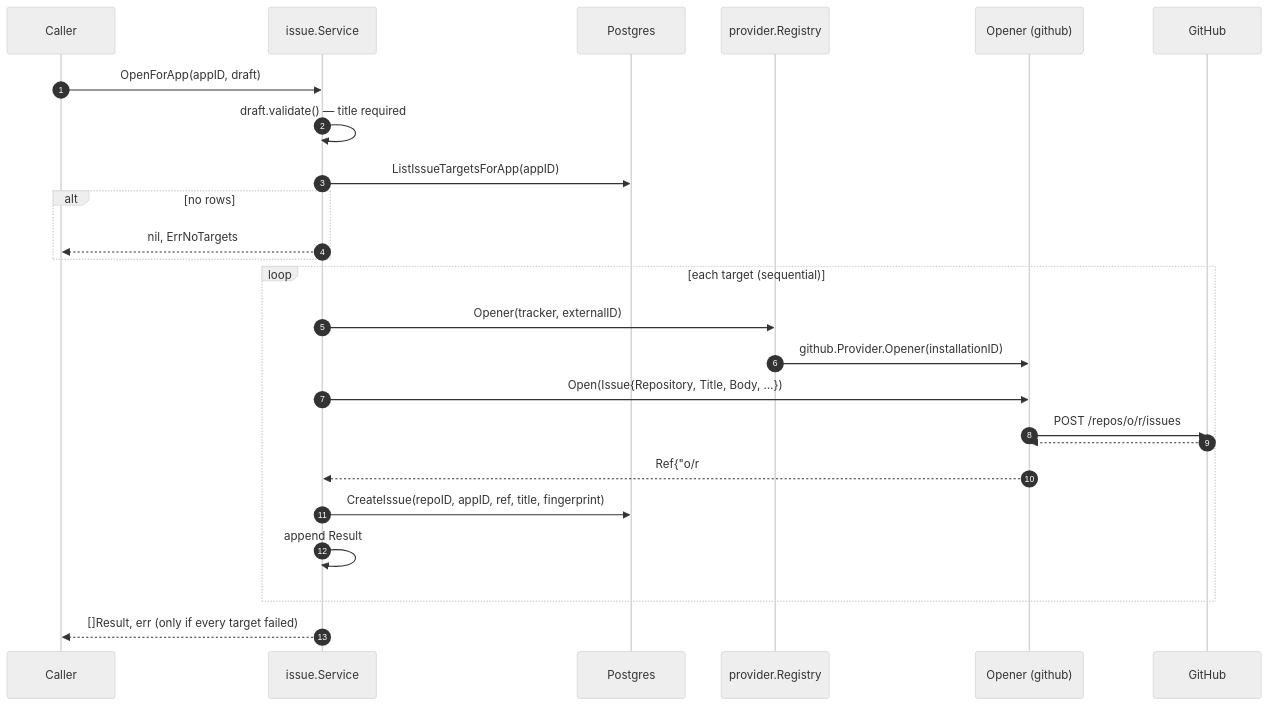
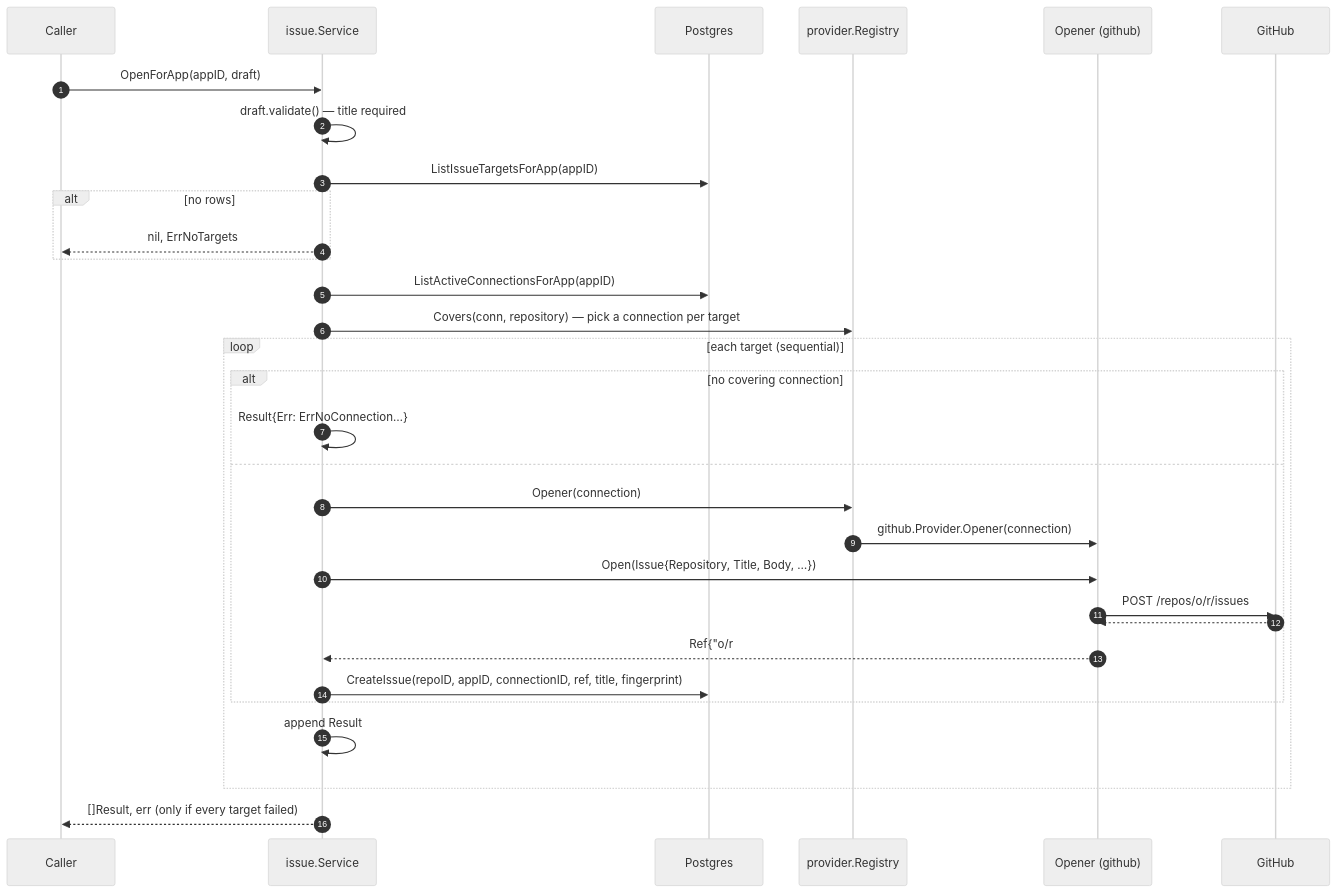
One commit to MicroClub-USTHB/m-Seismo changed the second of 2 diagrams in backend/docs/issue-service.md. Above: the diagram before and after it, drawn with Mermaid (neutral theme). The commit also changed other lines of this file and 12 other files, not shown here.

````diff
--- a/backend/docs/issue-service.md
+++ b/backend/docs/issue-service.md
@@ -123,28 +181,34 @@
 ```mermaid
 sequenceDiagram
     autonumber
     participant Caller
     participant S as issue.Service
     participant DB as Postgres
     participant Reg as provider.Registry
     participant O as Opener (github)
     participant GH as GitHub
 
     Caller->>S: OpenForApp(appID, draft)
     S->>S: draft.validate() — title required
     S->>DB: ListIssueTargetsForApp(appID)
     alt no rows
         S-->>Caller: nil, ErrNoTargets
     end
+    S->>DB: ListActiveConnectionsForApp(appID)
+    S->>Reg: Covers(conn, repository) — pick a connection per target
     loop each target (sequential)
-        S->>Reg: Opener(tracker, externalID)
-        Reg->>O: github.Provider.Opener(installationID)
-        S->>O: Open(Issue{Repository, Title, Body, …})
-        O->>GH: POST /repos/o/r/issues
-        GH-->>O: #7
-        O-->>S: Ref{"o/r#7", url}
-        S->>DB: CreateIssue(repoID, appID, ref, title, fingerprint)
+        alt no covering connection
+            S->>S: Result{Err: ErrNoConnection…}
+        else
+            S->>Reg: Opener(connection)
+            Reg->>O: github.Provider.Opener(connection)
+            S->>O: Open(Issue{Repository, Title, Body, …})
+            O->>GH: POST /repos/o/r/issues
+            GH-->>O: #7
+            O-->>S: Ref{"o/r#7", url}
+            S->>DB: CreateIssue(repoID, appID, connectionID, ref, title, fingerprint)
+        end
         S->>S: append Result
     end
     S-->>Caller: []Result, err (only if every target failed)
 ```
````
